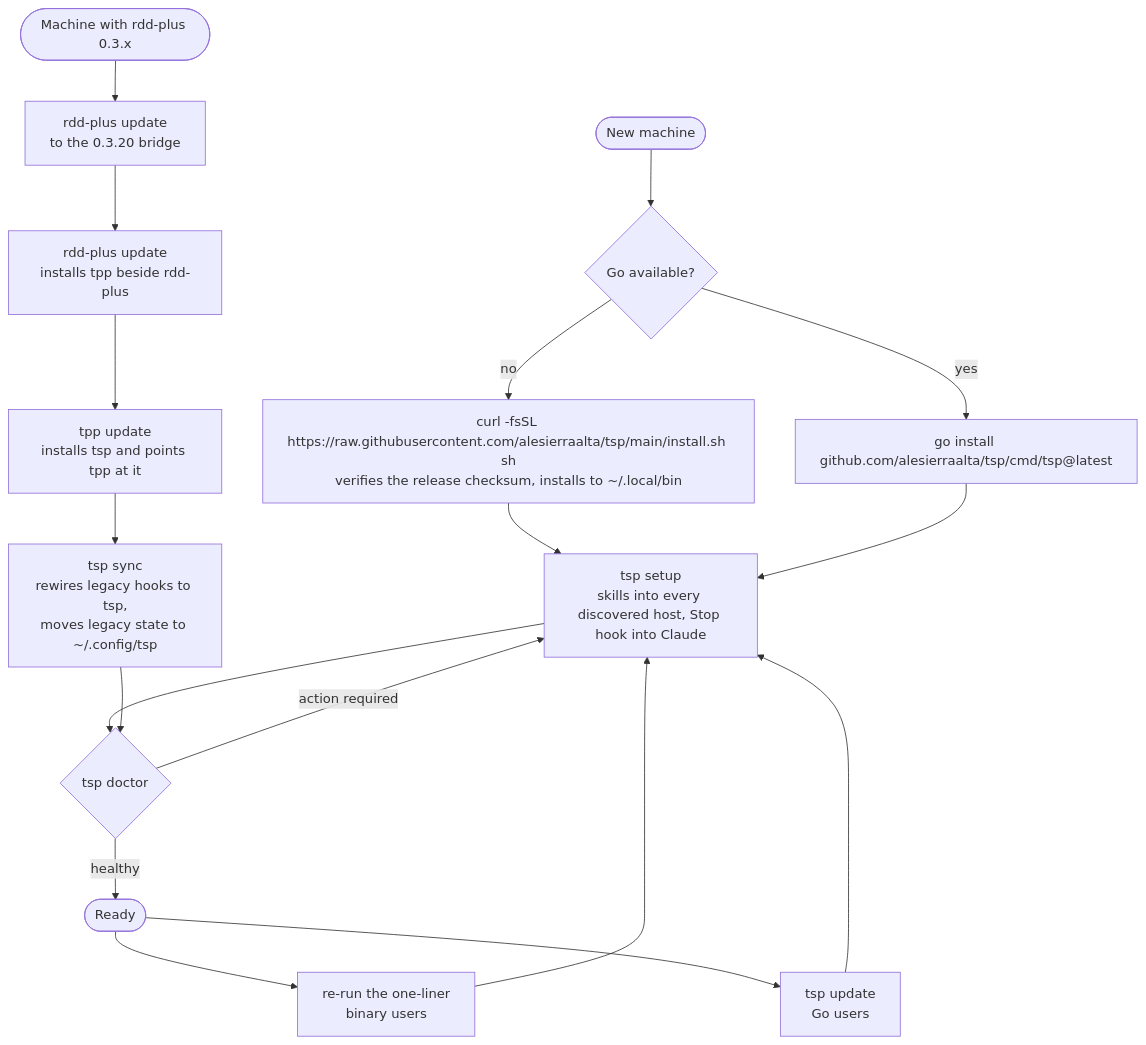
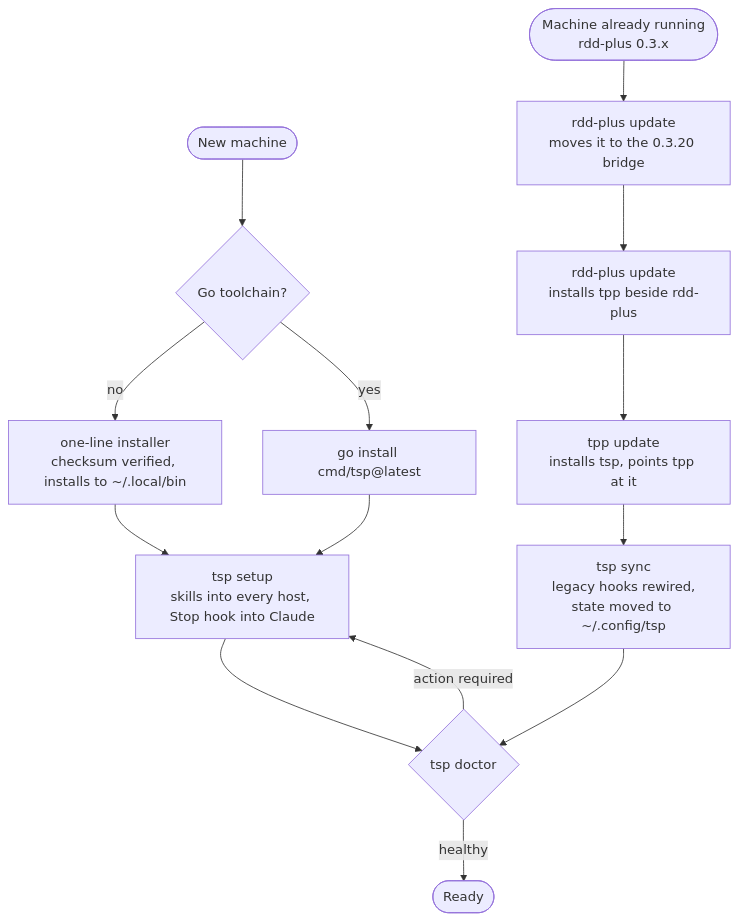
Before and after one commit to alesierraalta/tsp: the fourth of 5 diagrams in README.md, drawn with Mermaid. The commit also changed other lines of this file, not shown here.

Commit message:
docs: redraw the install flow so labels stay readable
The installer node carried the whole URL and wrapped into three lines with a stray fragment, and
three back-edges crossed the diagram. Updating later is one sentence below the figure instead.

````diff
--- a/README.md
+++ b/README.md
@@ -140,20 +140,16 @@
 ```mermaid
 flowchart TD
-    new([New machine]) --> choice{Go available?}
-    choice -- no --> bin[curl -fsSL https://raw.githubusercontent.com/alesierraalta/tsp/main/install.sh sh<br/>verifies the release checksum, installs to ~/.local/bin]
-    choice -- yes --> goinstall[go install github.com/alesierraalta/tsp/cmd/tsp@latest]
-    bin --> setup[tsp setup<br/>skills into every discovered host, Stop hook into Claude]
+    new([New machine]) --> choice{Go toolchain?}
+    choice -- no --> bin[one-line installer<br/>checksum verified, installs to ~/.local/bin]
+    choice -- yes --> goinstall[go install cmd/tsp@latest]
+    bin --> setup[tsp setup<br/>skills into every host, Stop hook into Claude]
     goinstall --> setup
     setup --> doctor{tsp doctor}
+    doctor -- "action required" --> setup
     doctor -- healthy --> use([Ready])
-    doctor -- "action required" --> setup
-    use --> binupdate[re-run the one-liner<br/>binary users]
-    use --> goupdate[tsp update<br/>Go users]
-    binupdate --> setup
-    goupdate --> setup
-    old([Machine with rdd-plus 0.3.x]) --> bridge[rdd-plus update<br/>to the 0.3.20 bridge]
+    old([Machine already running<br/>rdd-plus 0.3.x]) --> bridge[rdd-plus update<br/>moves it to the 0.3.20 bridge]
     bridge --> bridge2[rdd-plus update<br/>installs tpp beside rdd-plus]
-    bridge2 --> tspbridge[tpp update<br/>installs tsp and points tpp at it]
-    tspbridge --> migrate[tsp sync<br/>rewires legacy hooks to tsp,<br/>moves legacy state to ~/.config/tsp]
+    bridge2 --> tspbridge[tpp update<br/>installs tsp, points tpp at it]
+    tspbridge --> migrate[tsp sync<br/>legacy hooks rewired,<br/>state moved to ~/.config/tsp]
     migrate --> doctor
 ```
````
